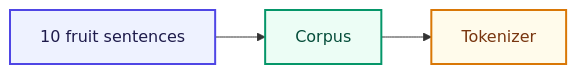
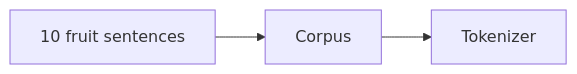
The diagram in content/docs/part-01-tokenizer/02-dataset.mdx (bhNibir/build-own-llm), drawn with Mermaid before and after one commit. The commit also changed 8 other files, not shown here.

First line of the commit message:
Revise diagram styles and color palettes for Excalidraw alignment

````diff
--- a/content/docs/part-01-tokenizer/02-dataset.mdx
+++ b/content/docs/part-01-tokenizer/02-dataset.mdx
@@ -12,8 +12,5 @@
 ```mermaid
 flowchart LR
     A["10 fruit sentences"]:::input --> B["Corpus"]:::process
     B --> C["Tokenizer"]:::output
-    classDef input fill:#EEF2FF,color:#1E1B4B,stroke:#4F46E5,stroke-width:2px
-    classDef process fill:#ECFDF5,color:#064E3B,stroke:#059669,stroke-width:2px
-    classDef output fill:#FFFBEB,color:#78350F,stroke:#D97706,stroke-width:2px
 ```
````
